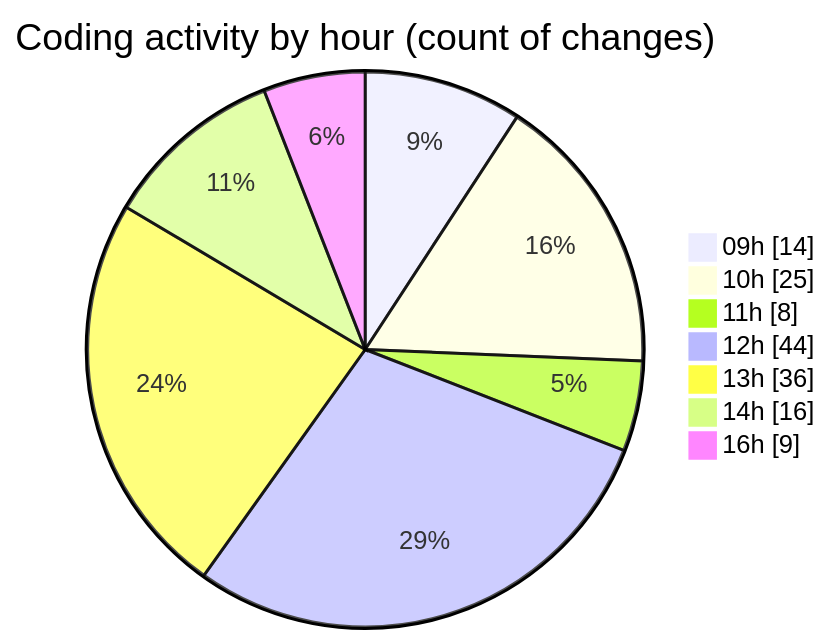
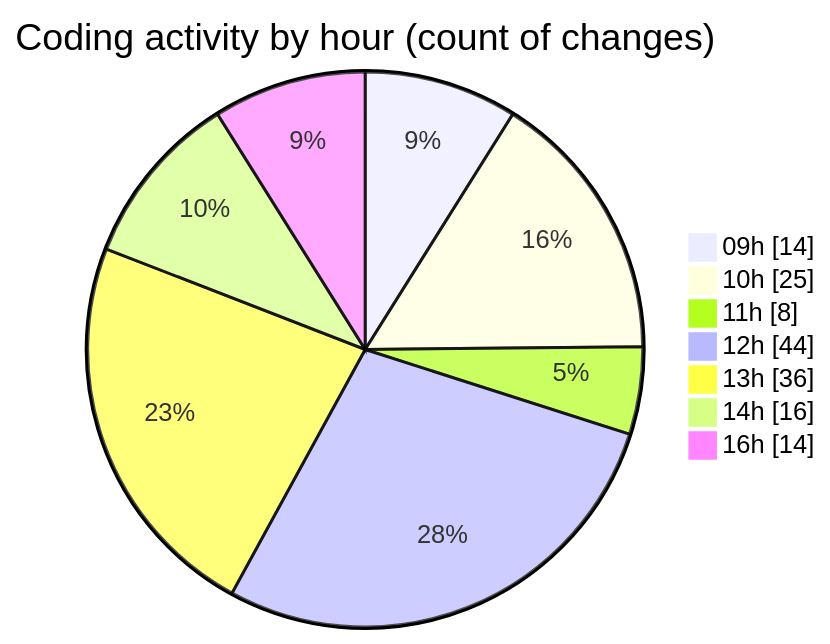
The second of 2 diagrams in 2025-06-03/cda/README.md (momahboobian/code-tracking), drawn with Mermaid before and after one commit. The commit also changed other lines of this file and 1 other file, not shown here.

````diff
--- a/2025-06-03/cda/README.md
+++ b/2025-06-03/cda/README.md
@@ -36,11 +36,11 @@
 ```mermaid
 pie showData
 title Coding activity by hour (count of changes)
 "09h" : 14
 "10h" : 25
 "11h" : 8
 "12h" : 44
 "13h" : 36
 "14h" : 16
-"16h" : 9
+"16h" : 14
 ```
````
